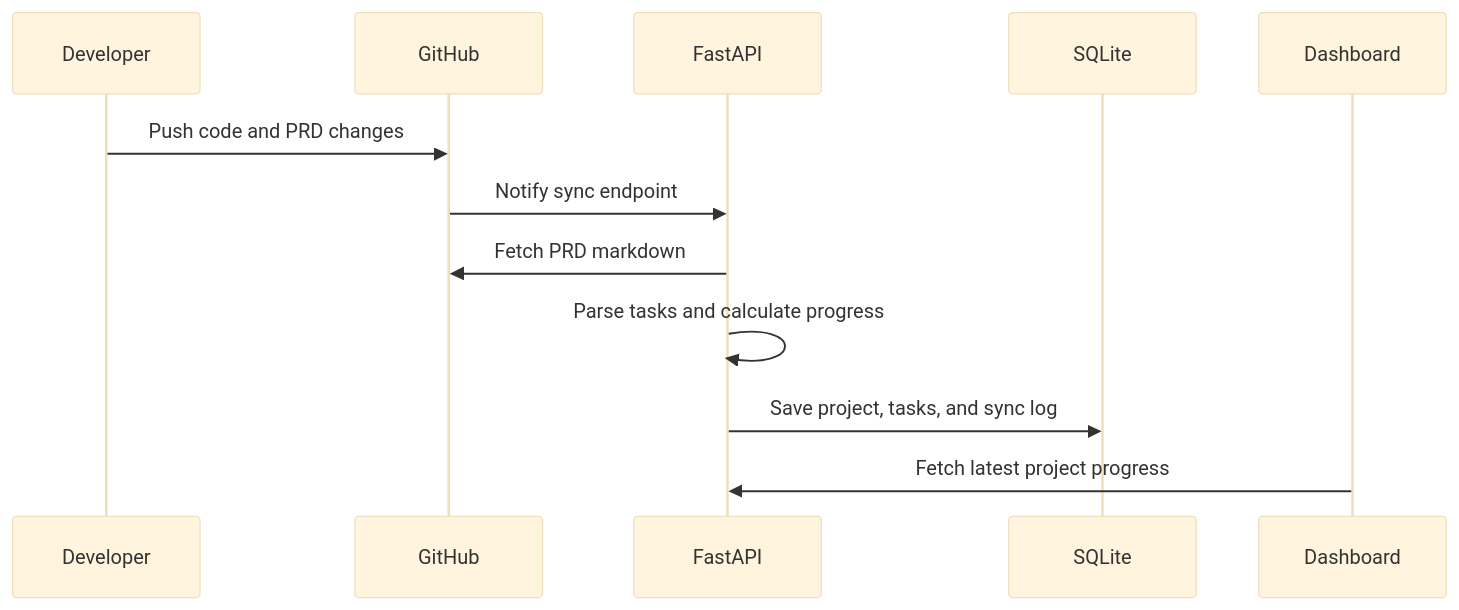
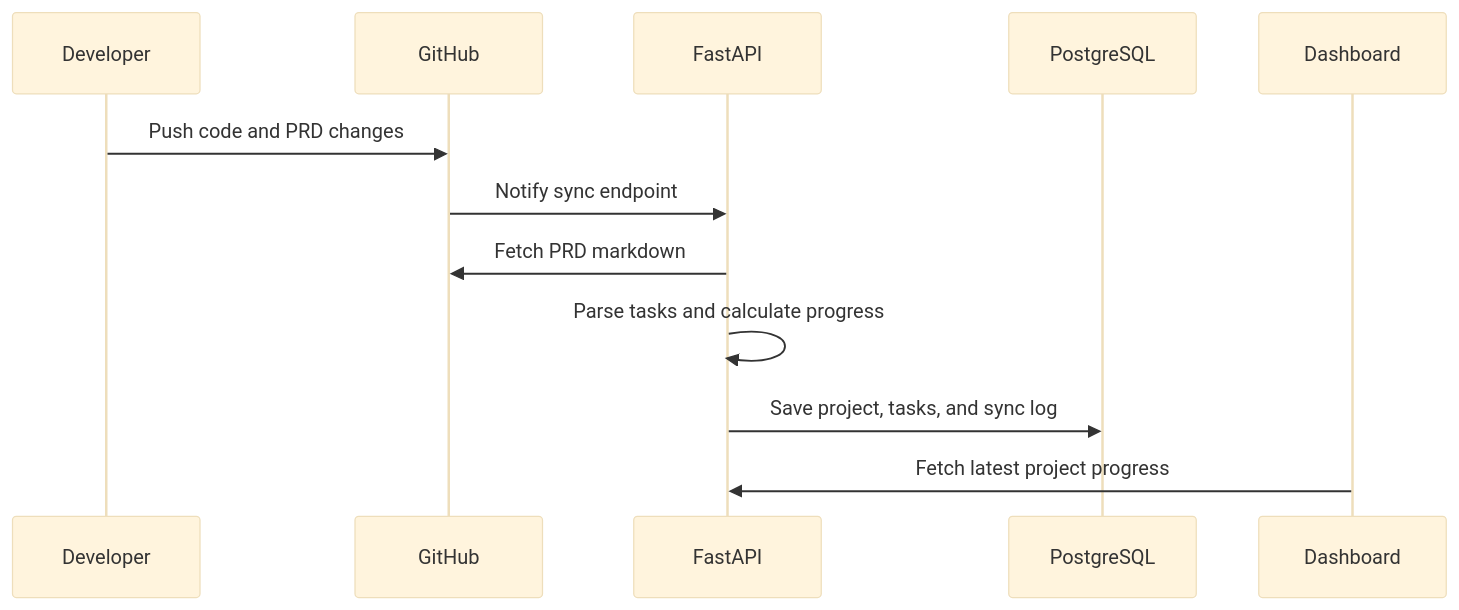
The diagram in docs/architecture/sequence-diagram.md (mahamahseb/Progress_project), drawn with Mermaid (base theme) before and after one commit. The commit also changed 37 other files, not shown here.

Commit message:
Add PostgreSQL runtime and branch deploy

````diff
--- a/docs/architecture/sequence-diagram.md
+++ b/docs/architecture/sequence-diagram.md
@@ -3,15 +3,15 @@
 ```mermaid
 sequenceDiagram
     participant Dev as Developer
     participant GH as GitHub
     participant API as FastAPI
-    participant DB as SQLite
+    participant DB as PostgreSQL
     participant UI as Dashboard
 
     Dev->>GH: Push code and PRD changes
     GH->>API: Notify sync endpoint
     API->>GH: Fetch PRD markdown
     API->>API: Parse tasks and calculate progress
     API->>DB: Save project, tasks, and sync log
     UI->>API: Fetch latest project progress
 ```
````
